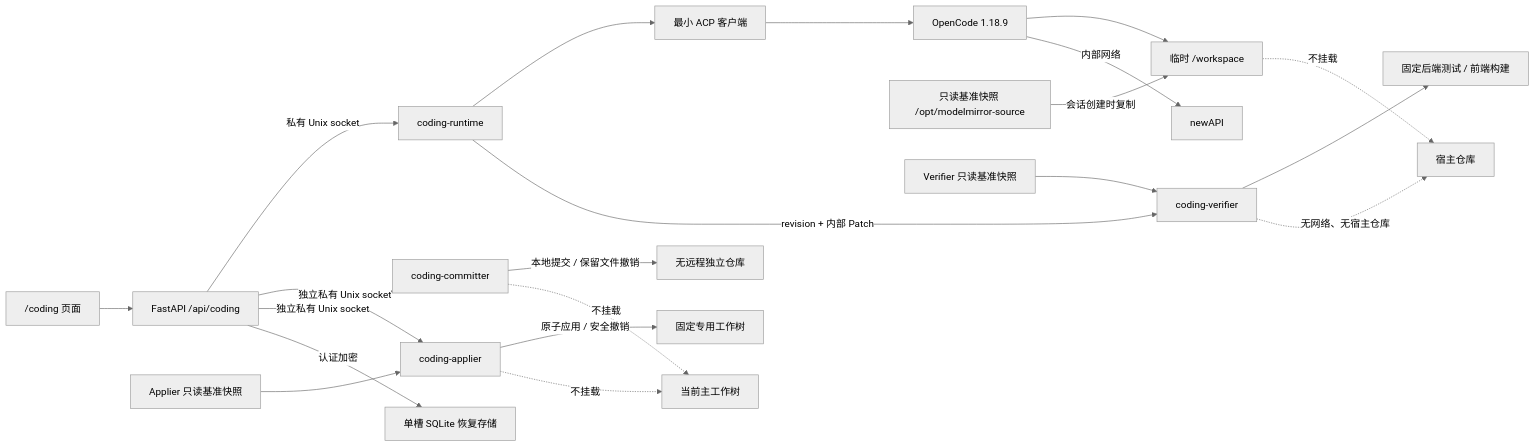
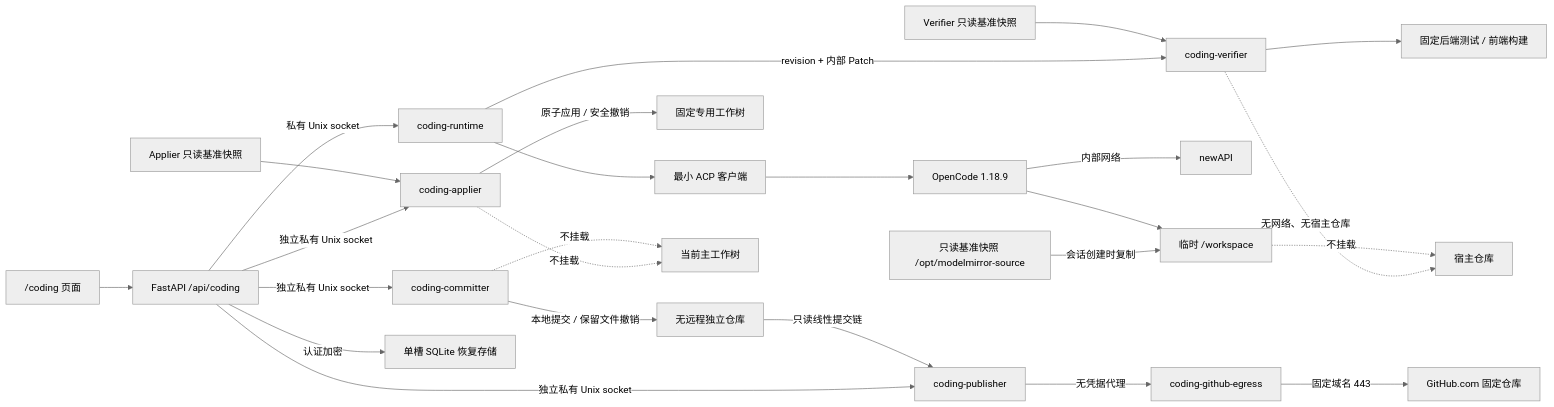
Before and after one commit to PinkElf-Elysia/ModelMirror: the diagram in docs/CODING_AGENT_INTEGRATION.md, drawn with Mermaid (neutral theme). The commit also changed other lines of this file and 4 other files, not shown here.

Commit message:
docs: 完成 Coding GitHub 发布 harness

````diff
--- a/docs/CODING_AGENT_INTEGRATION.md
+++ b/docs/CODING_AGENT_INTEGRATION.md
@@ -54,23 +61,27 @@
 ```mermaid
 flowchart LR
   UI["/coding 页面"] --> API["FastAPI /api/coding"]
   API -->|"私有 Unix socket"| WORKER["coding-runtime"]
   WORKER --> ACP["最小 ACP 客户端"]
   ACP --> OC["OpenCode 1.18.9"]
   SOURCE["只读基准快照 /opt/modelmirror-source"] -->|"会话创建时复制"| WORK["临时 /workspace"]
   OC --> WORK
   OC -->|"内部网络"| GW["newAPI"]
   WORKER -->|"revision + 内部 Patch"| VERIFY["coding-verifier"]
   SOURCE2["Verifier 只读基准快照"] --> VERIFY
   VERIFY --> CHECKS["固定后端测试 / 前端构建"]
   API -->|"独立私有 Unix socket"| APPLY["coding-applier"]
   SOURCE3["Applier 只读基准快照"] --> APPLY
   APPLY -->|"原子应用 / 安全撤销"| TARGET["固定专用工作树"]
   API -->|"独立私有 Unix socket"| COMMIT["coding-committer"]
   COMMIT -->|"本地提交 / 保留文件撤销"| REPO["无远程独立仓库"]
   API -->|"认证加密"| RECOVERY["单槽 SQLite 恢复存储"]
+  API -->|"独立私有 Unix socket"| PUBLISH["coding-publisher"]
+  REPO -->|"只读线性提交链"| PUBLISH
+  PUBLISH -->|"无凭据代理"| EGRESS["coding-github-egress"]
+  EGRESS -->|"固定域名 443"| GITHUB["GitHub.com 固定仓库"]
   VERIFY -. "无网络、无宿主仓库" .-> HOST["宿主仓库"]
   WORK -. "不挂载" .-> HOST["宿主仓库"]
   APPLY -. "不挂载" .-> CURRENT["当前主工作树"]
   COMMIT -. "不挂载" .-> CURRENT
 ```
````
